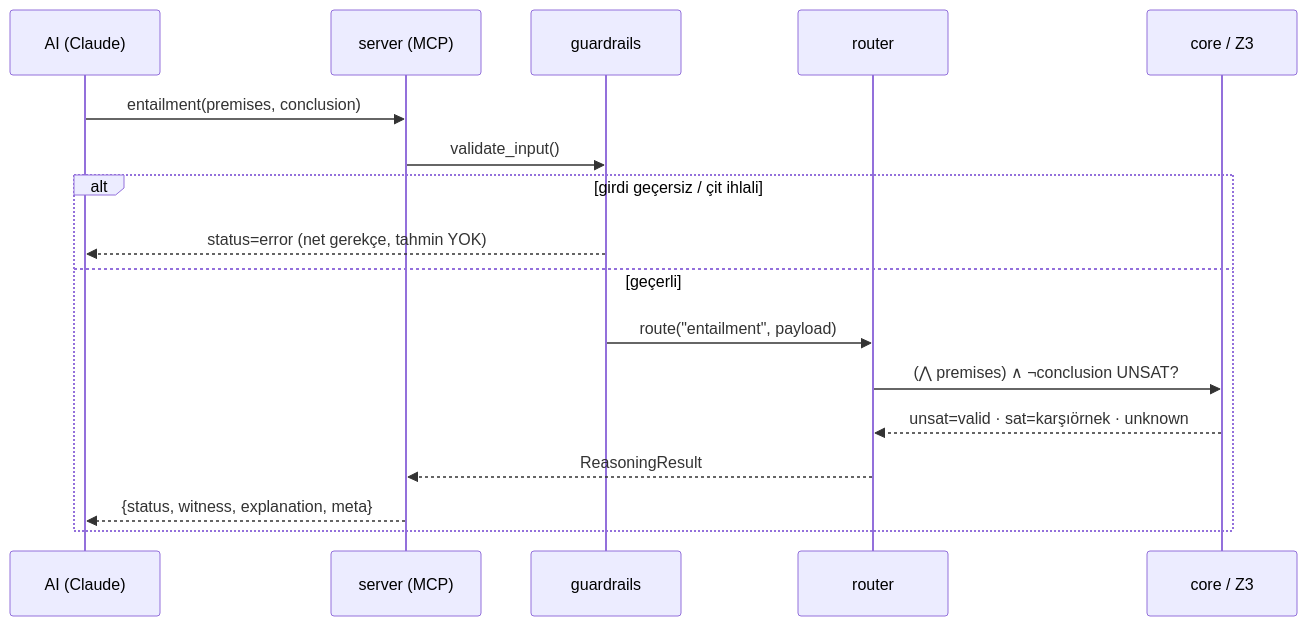
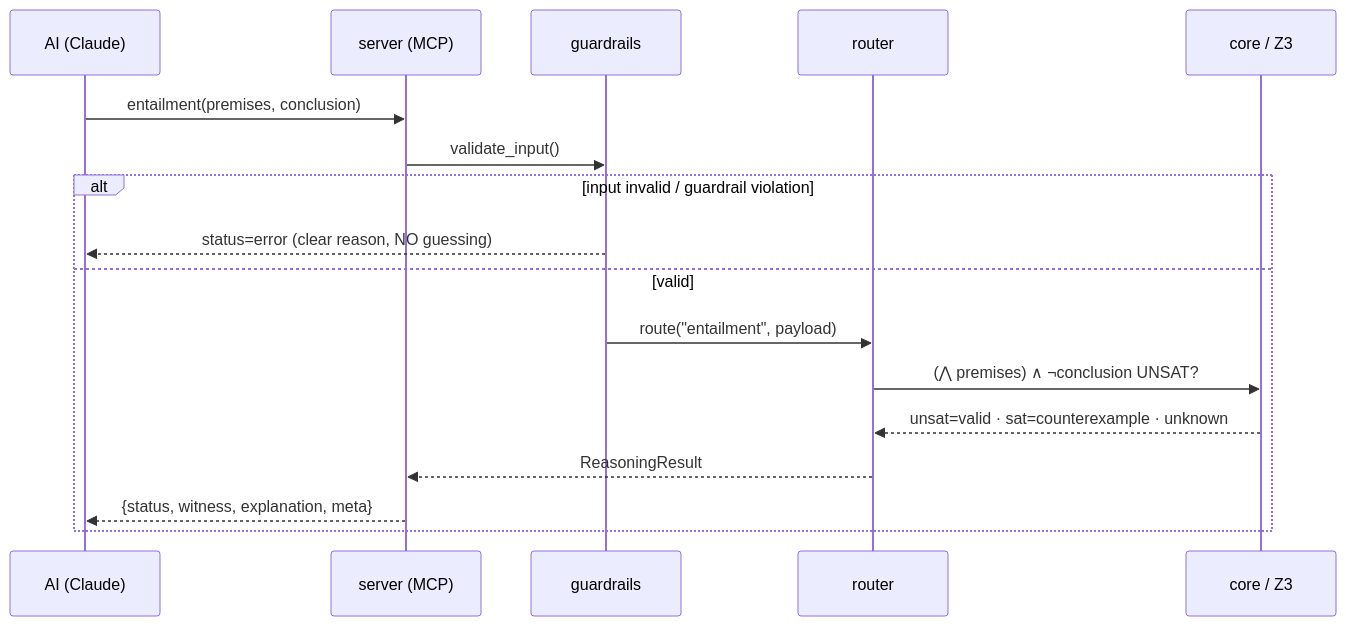
One commit to tanzercakir-commits/MathHead changed the second of 2 diagrams in docs/architecture.md. Above: the diagram before and after it, drawn with Mermaid. The commit also changed other lines of this file and 74 other files, not shown here.

````diff
--- a/docs/architecture.md
+++ b/docs/architecture.md
@@ -33,19 +34,19 @@
 ```mermaid
 sequenceDiagram
     participant AI as AI (Claude)
     participant MCP as server (MCP)
     participant GR as guardrails
     participant RT as router
     participant Z3 as core / Z3
     AI->>MCP: entailment(premises, conclusion)
     MCP->>GR: validate_input()
-    alt girdi geçersiz / çit ihlali
-        GR-->>AI: status=error (net gerekçe, tahmin YOK)
-    else geçerli
+    alt input invalid / guardrail violation
+        GR-->>AI: status=error (clear reason, NO guessing)
+    else valid
         GR->>RT: route("entailment", payload)
         RT->>Z3: (⋀ premises) ∧ ¬conclusion  UNSAT?
-        Z3-->>RT: unsat=valid · sat=karşıörnek · unknown
+        Z3-->>RT: unsat=valid · sat=counterexample · unknown
         RT-->>MCP: ReasoningResult
         MCP-->>AI: {status, witness, explanation, meta}
     end
 ```
````
